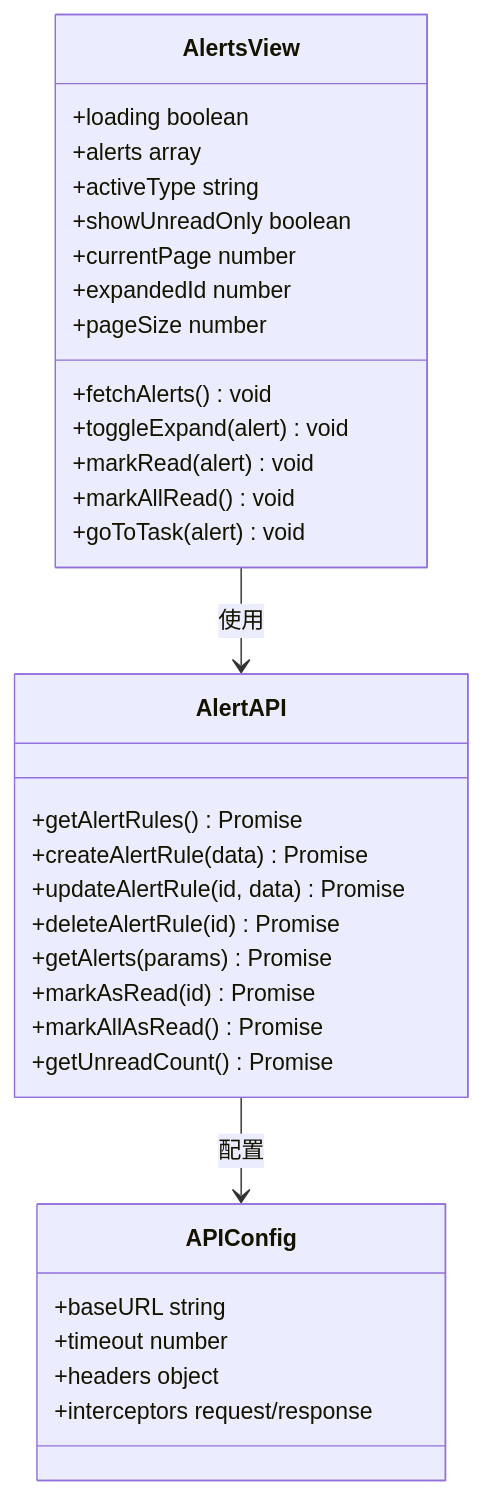
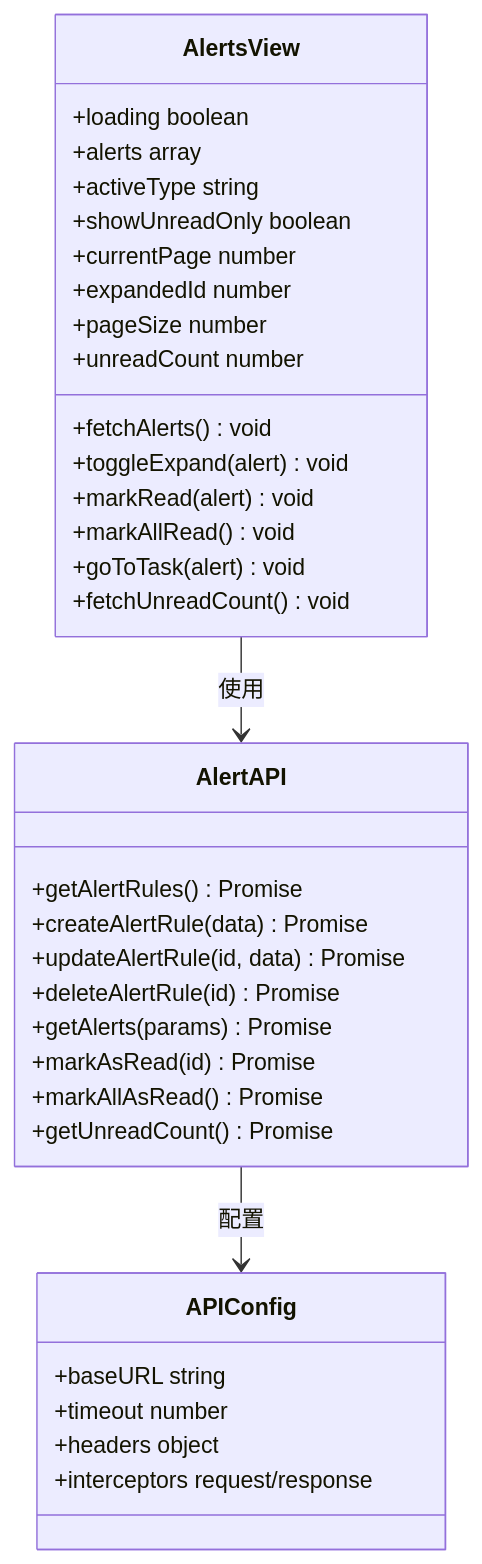
Before and after one commit to pxc12345/crawler-vue3: the sixth of 12 diagrams in .qoder/repowiki/zh/content/后端开发指南/数据库操作/告警系统数据操作.md, drawn with Mermaid. The commit also changed other lines of this file and 12 other files, not shown here.

````diff
--- a/.qoder/repowiki/zh/content/后端开发指南/数据库操作/告警系统数据操作.md
+++ b/.qoder/repowiki/zh/content/后端开发指南/数据库操作/告警系统数据操作.md
@@ -265,35 +272,37 @@
 ```mermaid
 classDiagram
 class AlertsView {
 +loading boolean
 +alerts array
 +activeType string
 +showUnreadOnly boolean
 +currentPage number
 +expandedId number
 +pageSize number
++unreadCount number
 +fetchAlerts() void
 +toggleExpand(alert) void
 +markRead(alert) void
 +markAllRead() void
 +goToTask(alert) void
++fetchUnreadCount() void
 }
 class AlertAPI {
 +getAlertRules() Promise
 +createAlertRule(data) Promise
 +updateAlertRule(id, data) Promise
 +deleteAlertRule(id) Promise
 +getAlerts(params) Promise
 +markAsRead(id) Promise
 +markAllAsRead() Promise
 +getUnreadCount() Promise
 }
 class APIConfig {
 +baseURL string
 +timeout number
 +headers object
 +interceptors request/response
 }
 AlertsView --> AlertAPI : 使用
 AlertAPI --> APIConfig : 配置
 ```
````
